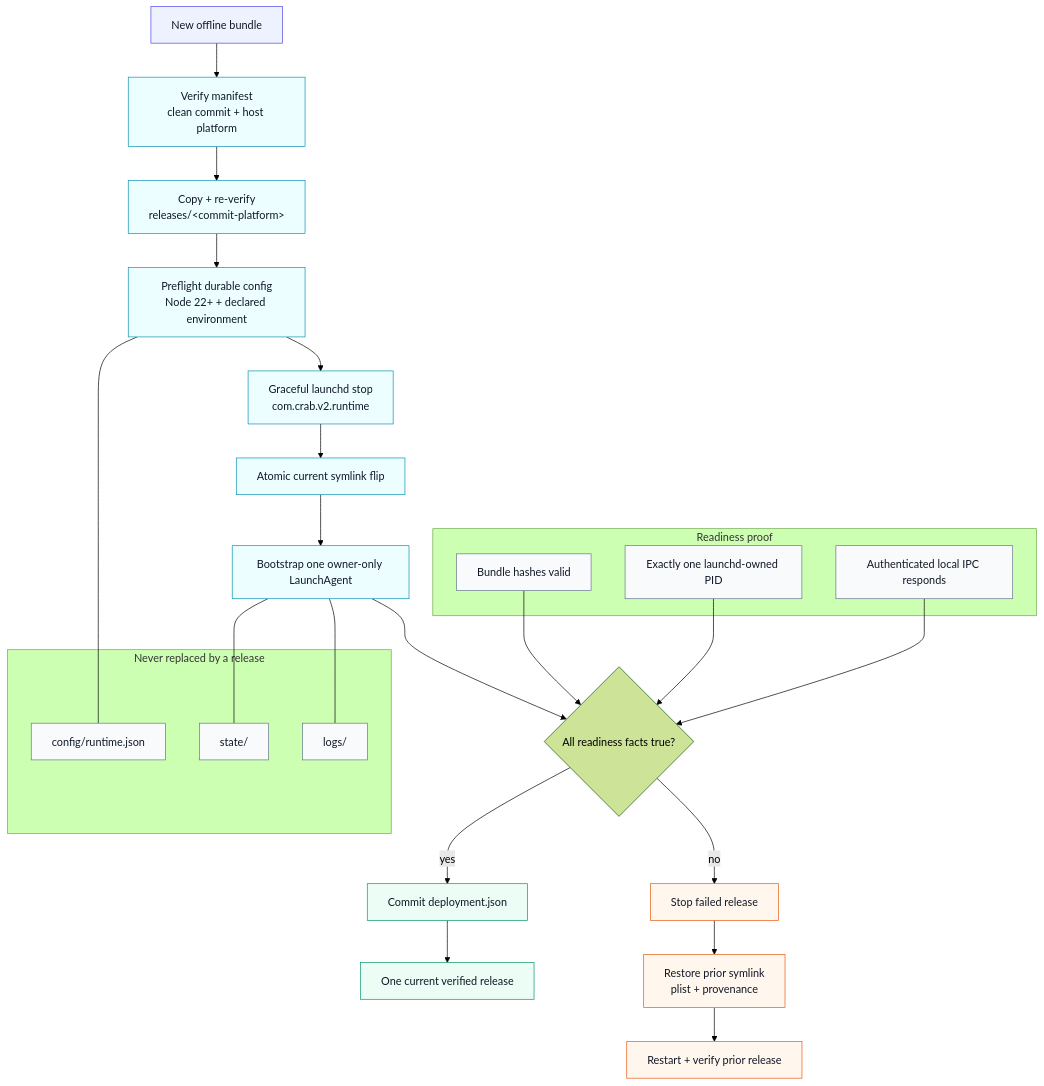
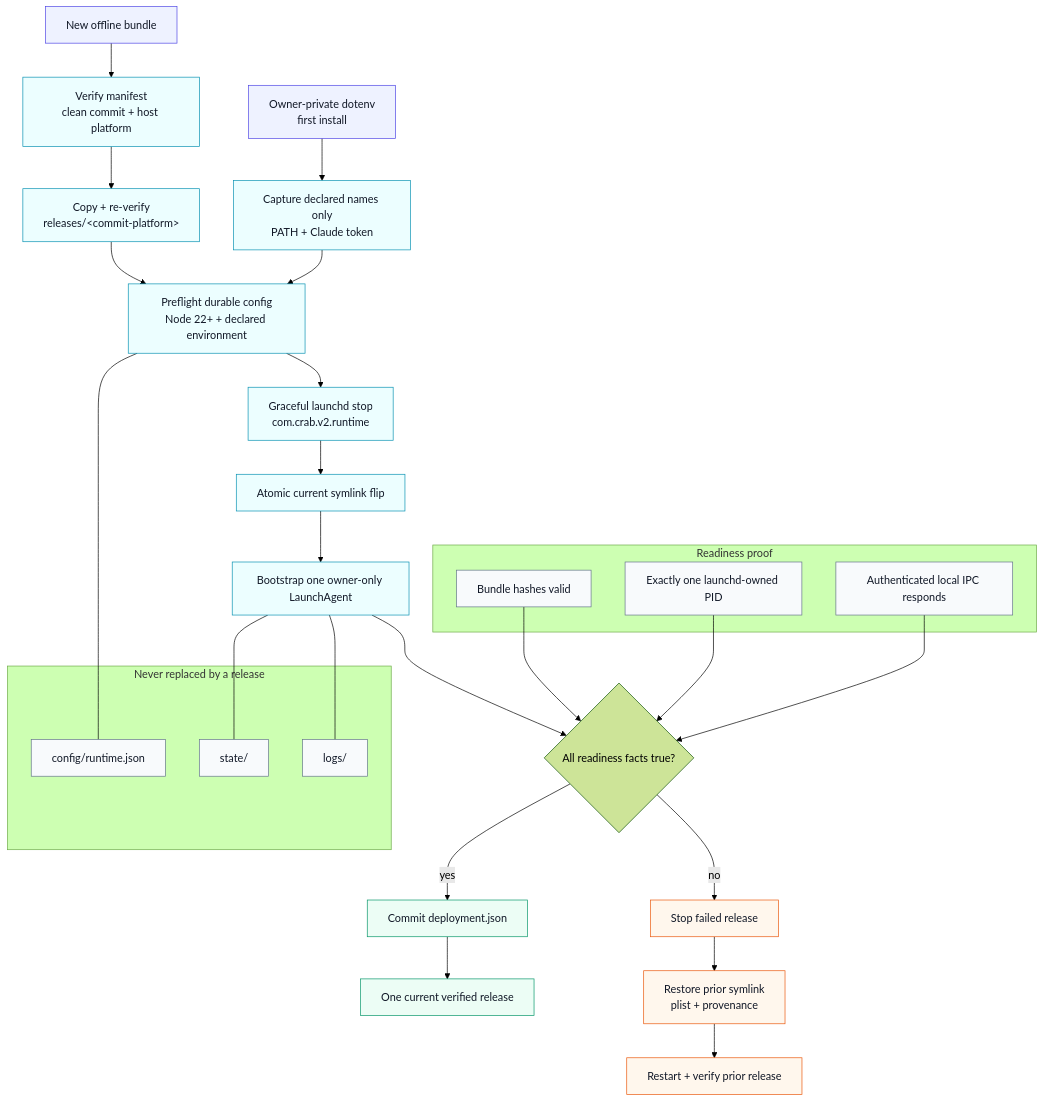
Before and after one commit to fontanierh/crab: the diagram in v2/docs/runtime-deploy-flow.mmd, drawn with Mermaid (forest theme). The commit also changed 11 other files, not shown here.

```diff
--- a/v2/docs/runtime-deploy-flow.mmd
+++ b/v2/docs/runtime-deploy-flow.mmd
@@ -1,44 +1,46 @@
 flowchart TB
     BUNDLE["New offline bundle"] --> VERIFY["Verify manifest<br/>clean commit + host platform"]
     VERIFY --> COPY["Copy + re-verify<br/>releases/&lt;commit-platform&gt;"]
     COPY --> PREFLIGHT["Preflight durable config<br/>Node 22+ + declared environment"]
+    ENV["Owner-private dotenv<br/>first install"] --> CAPTURE["Capture declared names only<br/>PATH + Claude token"]
+    CAPTURE --> PREFLIGHT
     PREFLIGHT --> STOP["Graceful launchd stop<br/>com.crab.v2.runtime"]
     STOP --> FLIP["Atomic current symlink flip"]
     FLIP --> START["Bootstrap one owner-only LaunchAgent"]
     START --> READY{"All readiness facts true?"}
 
     READY -->|yes| RECORD["Commit deployment.json"]
     RECORD --> LIVE["One current verified release"]
 
     READY -->|no| HALT["Stop failed release"]
     HALT --> RESTORE["Restore prior symlink<br/>plist + provenance"]
     RESTORE --> RESTART["Restart + verify prior release"]
 
     subgraph DURABLE["Never replaced by a release"]
         CONFIG["config/runtime.json"]
         STATE["state/"]
         LOGS["logs/"]
     end
     PREFLIGHT --- CONFIG
     START --- STATE
     START --- LOGS
 
     subgraph PROOF["Readiness proof"]
         HASH["Bundle hashes valid"]
         PID["Exactly one launchd-owned PID"]
         IPC["Authenticated local IPC responds"]
     end
     HASH --> READY
     PID --> READY
     IPC --> READY
 
     classDef input fill:#eef2ff,stroke:#4f46e5,color:#111827;
     classDef action fill:#ecfeff,stroke:#0891b2,color:#111827;
     classDef durable fill:#f8fafc,stroke:#64748b,color:#111827;
     classDef success fill:#ecfdf5,stroke:#059669,color:#111827;
     classDef rollback fill:#fff7ed,stroke:#ea580c,color:#111827;
-    class BUNDLE input;
-    class VERIFY,COPY,PREFLIGHT,STOP,FLIP,START action;
+    class BUNDLE,ENV input;
+    class VERIFY,COPY,CAPTURE,PREFLIGHT,STOP,FLIP,START action;
     class CONFIG,STATE,LOGS,HASH,PID,IPC durable;
     class RECORD,LIVE success;
     class HALT,RESTORE,RESTART rollback;
```
